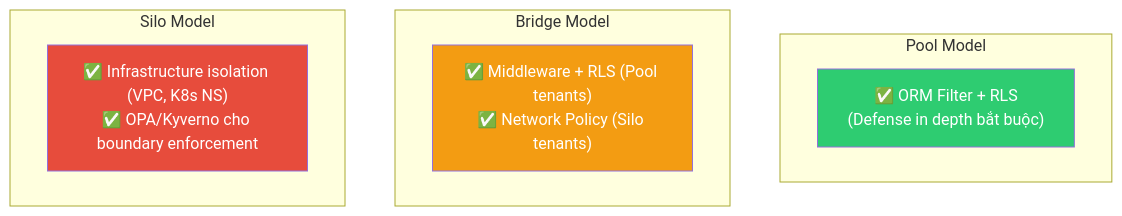
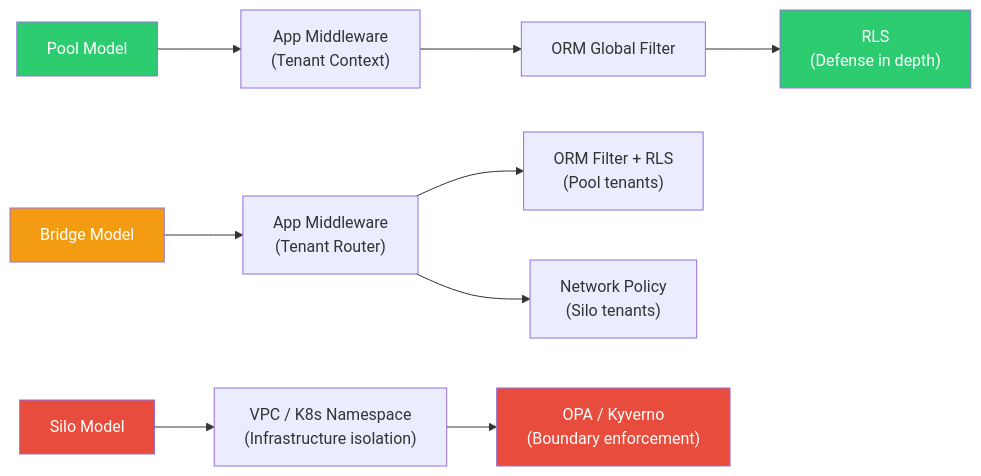
Before and after one commit to vanhiep99w/multi-tenant: the fifth of 5 diagrams in content/docs/02-isolation-models/isolation-techniques.md, drawn with Mermaid. The commit also changed other lines of this file, not shown here.

First line of the commit message:
docs: improve isolation-techniques explanations and fix incomplete examples

````diff
--- a/content/docs/02-isolation-models/isolation-techniques.md
+++ b/content/docs/02-isolation-models/isolation-techniques.md
@@ -664,18 +871,19 @@
 ```mermaid
-graph TD
-    subgraph "Pool Model"
-        POOL_COMB["✅ ORM Filter + RLS<br/>(Defense in depth bắt buộc)"]
-    end
+graph LR
+    POOL["Pool Model"] --> POOL_MW["App Middleware\n(Tenant Context)"]
+    POOL_MW --> POOL_ORM["ORM Global Filter"]
+    POOL_ORM --> POOL_RLS["RLS\n(Defense in depth)"]
 
-    subgraph "Bridge Model"
-        BRIDGE_COMB["✅ Middleware + RLS (Pool tenants)<br/>✅ Network Policy (Silo tenants)"]
-    end
+    BRIDGE["Bridge Model"] --> BRIDGE_MW["App Middleware\n(Tenant Router)"]
+    BRIDGE_MW --> BRIDGE_ORM["ORM Filter + RLS\n(Pool tenants)"]
+    BRIDGE_MW --> BRIDGE_NET["Network Policy\n(Silo tenants)"]
 
-    subgraph "Silo Model"
-        SILO_COMB["✅ Infrastructure isolation (VPC, K8s NS)<br/>✅ OPA/Kyverno cho boundary enforcement"]
-    end
+    SILO["Silo Model"] --> SILO_INFRA["VPC / K8s Namespace\n(Infrastructure isolation)"]
+    SILO_INFRA --> SILO_OPA["OPA / Kyverno\n(Boundary enforcement)"]
 
-    style POOL_COMB fill:#2ecc71,color:#fff
-    style BRIDGE_COMB fill:#f39c12,color:#fff
-    style SILO_COMB fill:#e74c3c,color:#fff
+    style POOL fill:#2ecc71,color:#fff
+    style BRIDGE fill:#f39c12,color:#fff
+    style SILO fill:#e74c3c,color:#fff
+    style POOL_RLS fill:#2ecc71,color:#fff
+    style SILO_OPA fill:#e74c3c,color:#fff
 ```
````
